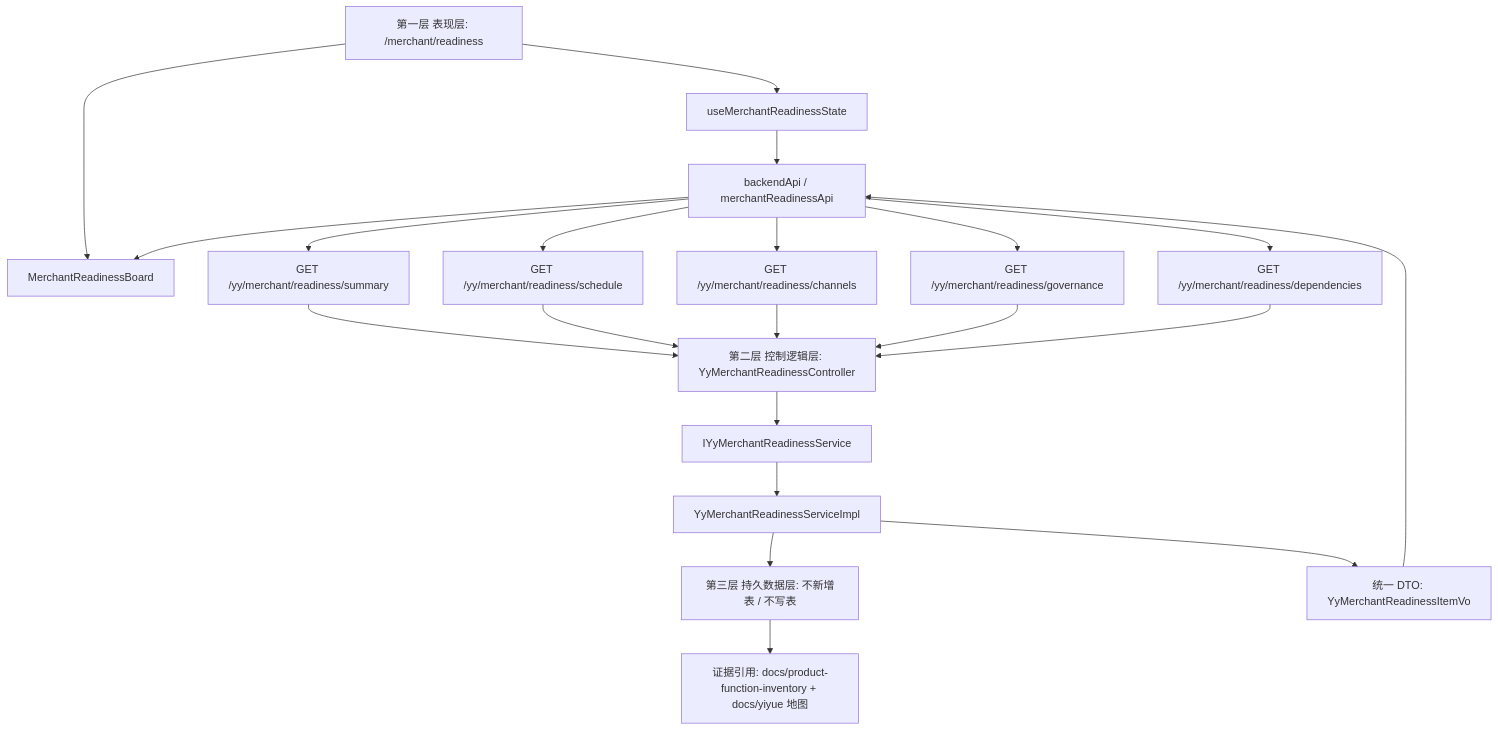
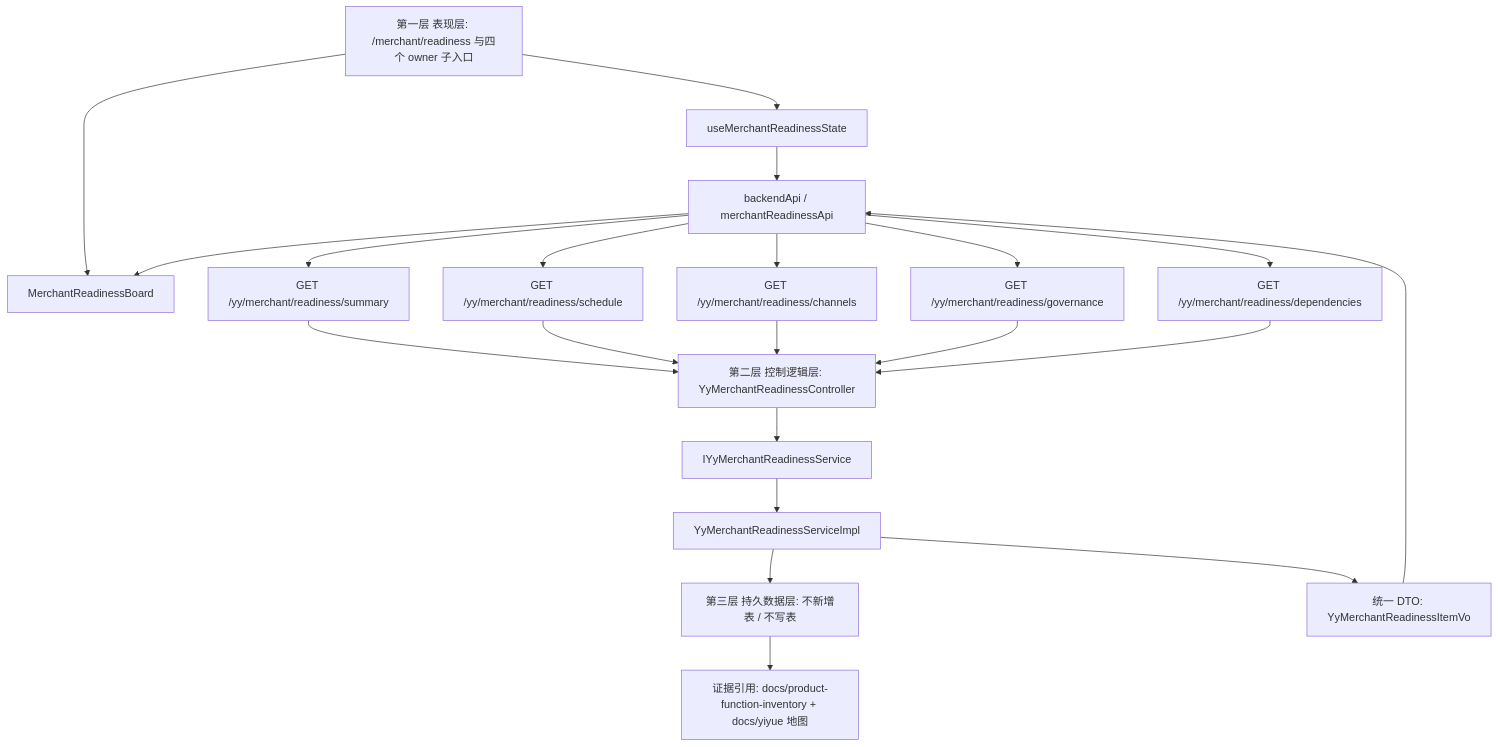
Before and after one commit to KeepJoyTod/yinyun: the diagram in docs/flows/merchant-readiness-scaffold-flow-20260625.md, drawn with Mermaid. The commit also changed other lines of this file and 343 other files, not shown here.

````diff
--- a/docs/flows/merchant-readiness-scaffold-flow-20260625.md
+++ b/docs/flows/merchant-readiness-scaffold-flow-20260625.md
@@ -11,23 +11,23 @@
 ```mermaid
 flowchart TD
-  A["第一层 表现层: /merchant/readiness"] --> B["useMerchantReadinessState"]
+  A["第一层 表现层: /merchant/readiness 与四个 owner 子入口"] --> B["useMerchantReadinessState"]
   A --> C["MerchantReadinessBoard"]
   B --> D["backendApi / merchantReadinessApi"]
   D --> E["GET /yy/merchant/readiness/summary"]
   D --> F["GET /yy/merchant/readiness/schedule"]
   D --> G["GET /yy/merchant/readiness/channels"]
   D --> H["GET /yy/merchant/readiness/governance"]
   D --> I["GET /yy/merchant/readiness/dependencies"]
   E --> J["第二层 控制逻辑层: YyMerchantReadinessController"]
   F --> J
   G --> J
   H --> J
   I --> J
   J --> K["IYyMerchantReadinessService"]
   K --> L["YyMerchantReadinessServiceImpl"]
   L --> M["第三层 持久数据层: 不新增表 / 不写表"]
   M --> N["证据引用: docs/product-function-inventory + docs/yiyue 地图"]
   L --> O["统一 DTO: YyMerchantReadinessItemVo"]
   O --> D
   D --> C
 ```
````
